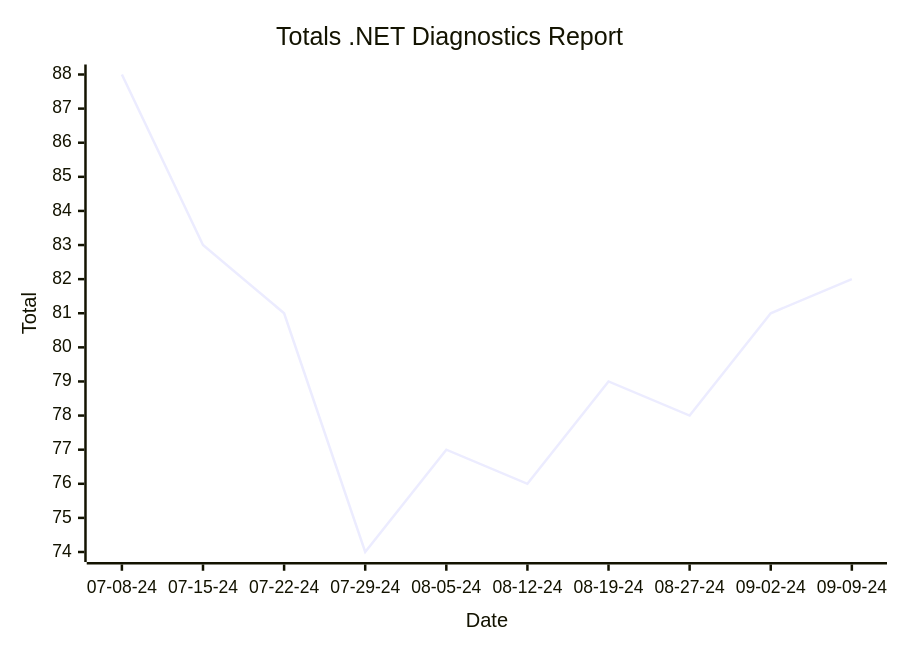
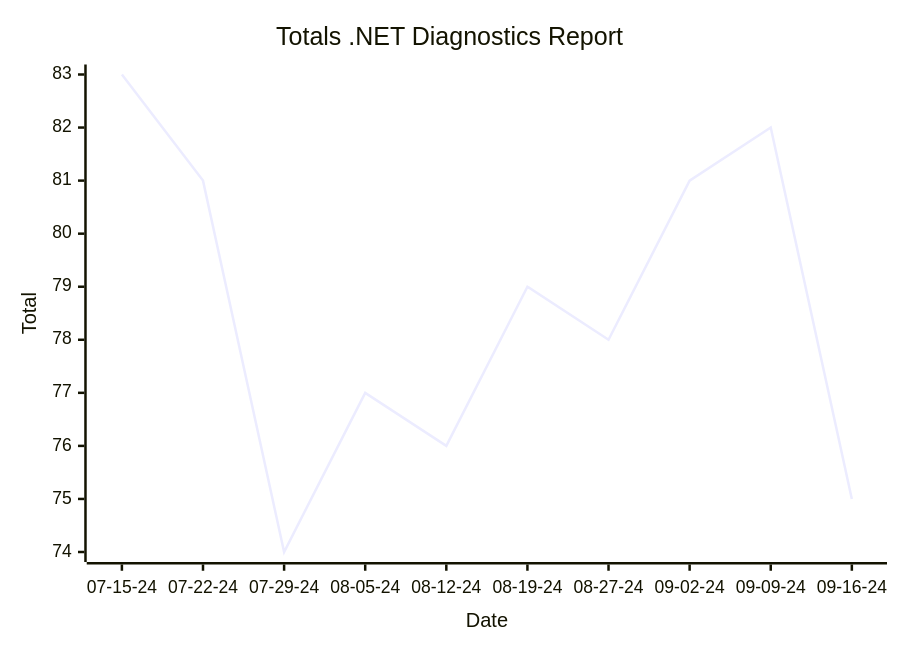
Before and after one commit to hoyosjs/gh-issue-tracker: the first of 2 diagrams in reports/README.md, drawn with Mermaid. The commit also changed other lines of this file and 4 other files, not shown here.

````diff
--- a/reports/README.md
+++ b/reports/README.md
@@ -7,7 +7,7 @@
 ```mermaid
 xychart-beta
   title "Totals .NET Diagnostics Report"
-  x-axis "Date" ["07-08-24", "07-15-24", "07-22-24", "07-29-24", "08-05-24", "08-12-24", "08-19-24", "08-27-24", "09-02-24", "09-09-24"]
+  x-axis "Date" ["07-15-24", "07-22-24", "07-29-24", "08-05-24", "08-12-24", "08-19-24", "08-27-24", "09-02-24", "09-09-24", "09-16-24"]
   y-axis "Total"
-  line [88, 83, 81, 74, 77, 76, 79, 78, 81, 82]
+  line [83, 81, 74, 77, 76, 79, 78, 81, 82, 75]
 ```
````
